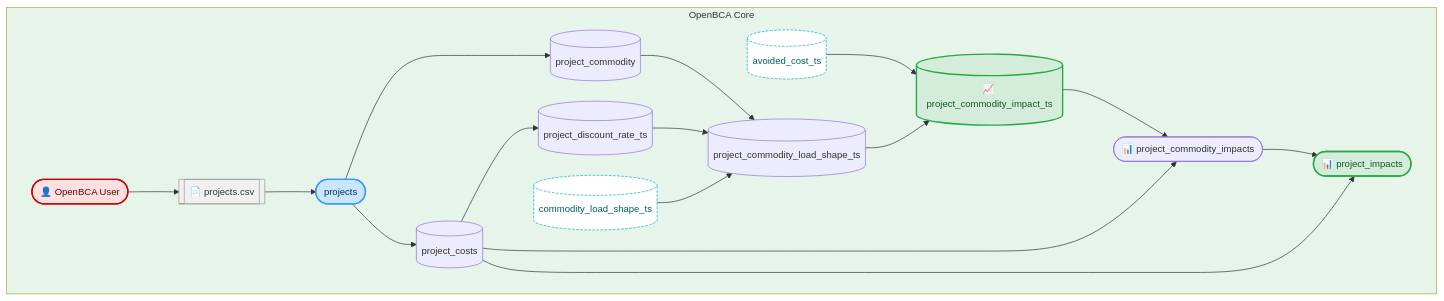
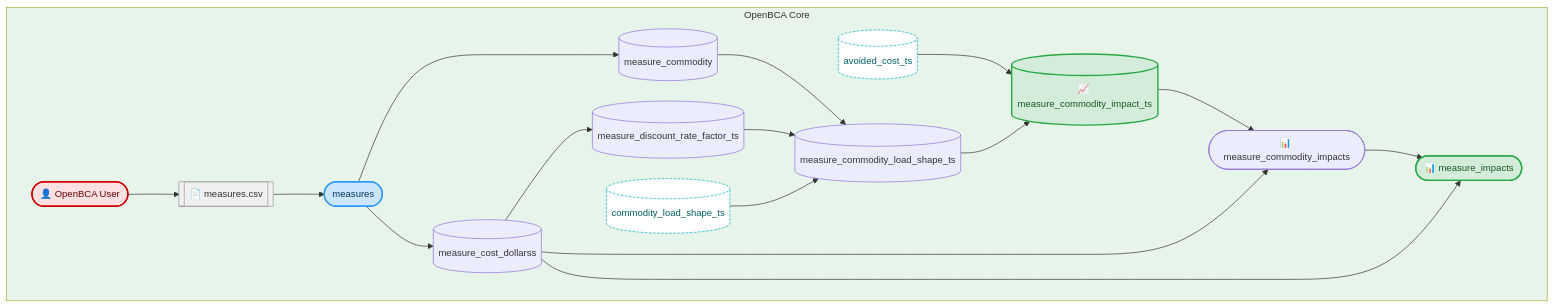
The first of 4 diagrams in README.md (openbca/openbca), drawn with Mermaid before and after one commit. The commit also changed other lines of this file and 39 other files, not shown here.

````diff
--- a/README.md
+++ b/README.md
@@ -66,47 +66,47 @@
 ```mermaid
 %%{ init: { "theme": "default", "themeVariables": { "fontSize": "14px" }, "flowchart": { "nodeSpacing": 30, "curve": "basis" } } }%%
 flowchart TD
 
     %% === OpenBCA Subgraph ===
     subgraph OpenBCA ["OpenBCA Core"]
         style OpenBCA fill:#e6f4ea
 
         user(["👤 OpenBCA User"]):::user
-        project_csv[[📄 projects.csv]]:::fileref
-        projects(["projects"]):::input
+        measure_csv[[📄 measures.csv]]:::fileref
+        measures(["measures"]):::input
 
-        project_costs[(project_costs)]:::intermediate
-        project_discount_rate_ts[(project_discount_rate_ts)]:::intermediate
-        project_commodity[(project_commodity)]:::intermediate
-        project_commodity_load_shape_ts[(project_commodity_load_shape_ts)]:::intermediate
-        project_commodity_impact_ts[(📈 project_commodity_impact_ts)]:::output
-        project_commodity_impacts(["📊 project_commodity_impacts"]):::intermediate
-        project_impacts(["📊 project_impacts"]):::output
+        measure_cost_dollarss[(measure_cost_dollarss)]:::intermediate
+        measure_discount_rate_factor_ts[(measure_discount_rate_factor_ts)]:::intermediate
+        measure_commodity[(measure_commodity)]:::intermediate
+        measure_commodity_load_shape_ts[(measure_commodity_load_shape_ts)]:::intermediate
+        measure_commodity_impact_ts[(📈 measure_commodity_impact_ts)]:::output
+        measure_commodity_impacts(["📊 measure_commodity_impacts"]):::intermediate
+        measure_impacts(["📊 measure_impacts"]):::output
         
         avoided_cost_ts[(avoided_cost_ts)]:::interface
         commodity_load_shape_ts[(commodity_load_shape_ts)]:::interface
 
-        user --> project_csv --> projects
-        projects --> project_costs
-        project_costs --> project_discount_rate_ts
-        projects --> project_commodity
-        project_commodity --> project_commodity_load_shape_ts
-        project_discount_rate_ts --> project_commodity_load_shape_ts
-        commodity_load_shape_ts --> project_commodity_load_shape_ts
-        avoided_cost_ts --> project_commodity_impact_ts
-        project_commodity_load_shape_ts --> project_commodity_impact_ts
-        project_commodity_impact_ts --> project_commodity_impacts
-        project_costs --> project_commodity_impacts
-        project_commodity_impacts --> project_impacts
-        project_costs --> project_impacts
+        user --> measure_csv --> measures
+        measures --> measure_cost_dollarss
+        measure_cost_dollarss --> measure_discount_rate_factor_ts
+        measures --> measure_commodity
+        measure_commodity --> measure_commodity_load_shape_ts
+        measure_discount_rate_factor_ts --> measure_commodity_load_shape_ts
+        commodity_load_shape_ts --> measure_commodity_load_shape_ts
+        avoided_cost_ts --> measure_commodity_impact_ts
+        measure_commodity_load_shape_ts --> measure_commodity_impact_ts
+        measure_commodity_impact_ts --> measure_commodity_impacts
+        measure_cost_dollarss --> measure_commodity_impacts
+        measure_commodity_impacts --> measure_impacts
+        measure_cost_dollarss --> measure_impacts
     end
 
     %% === CLASS DEFINITIONS ===
     classDef input fill:#cce5ff,stroke:#3399ff,color:#003366,stroke-width:2px;
     %%classDef intermediate 
     classDef output fill:#d4edda,stroke:#28a745,color:#155724,stroke-width:2px;
     classDef interface fill:#ffffff,stroke:#00acc1,color:#006064,stroke-dasharray: 4 2;
     classDef fileref fill:#f0f0f0,stroke:#999999,color:#333,stroke-width:1px;
     classDef user fill:#ffe0e0,stroke:#cc0000,color:#660000,stroke-width:2px;
 
 ```
````
